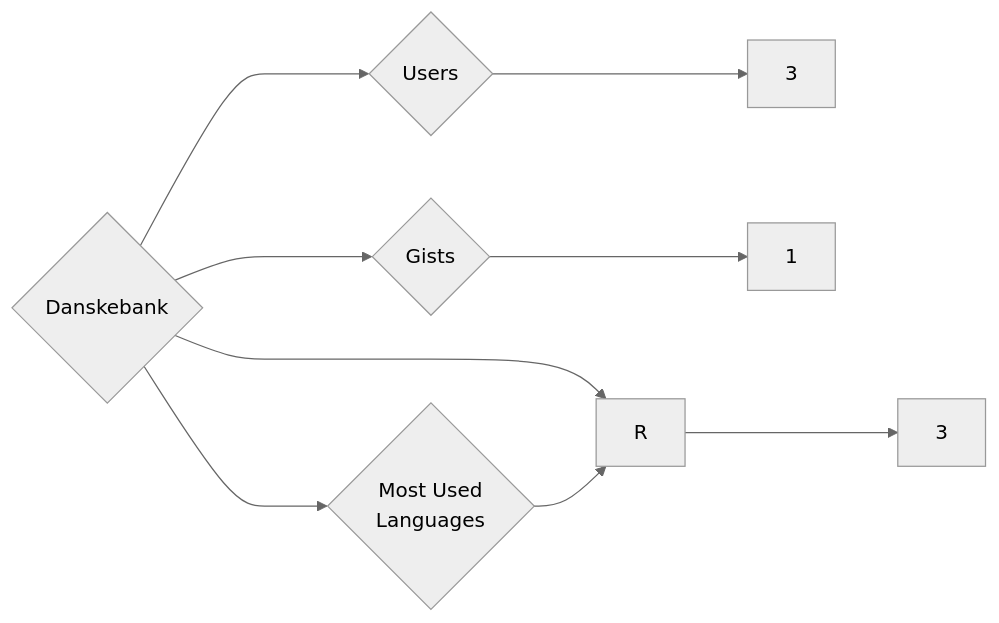
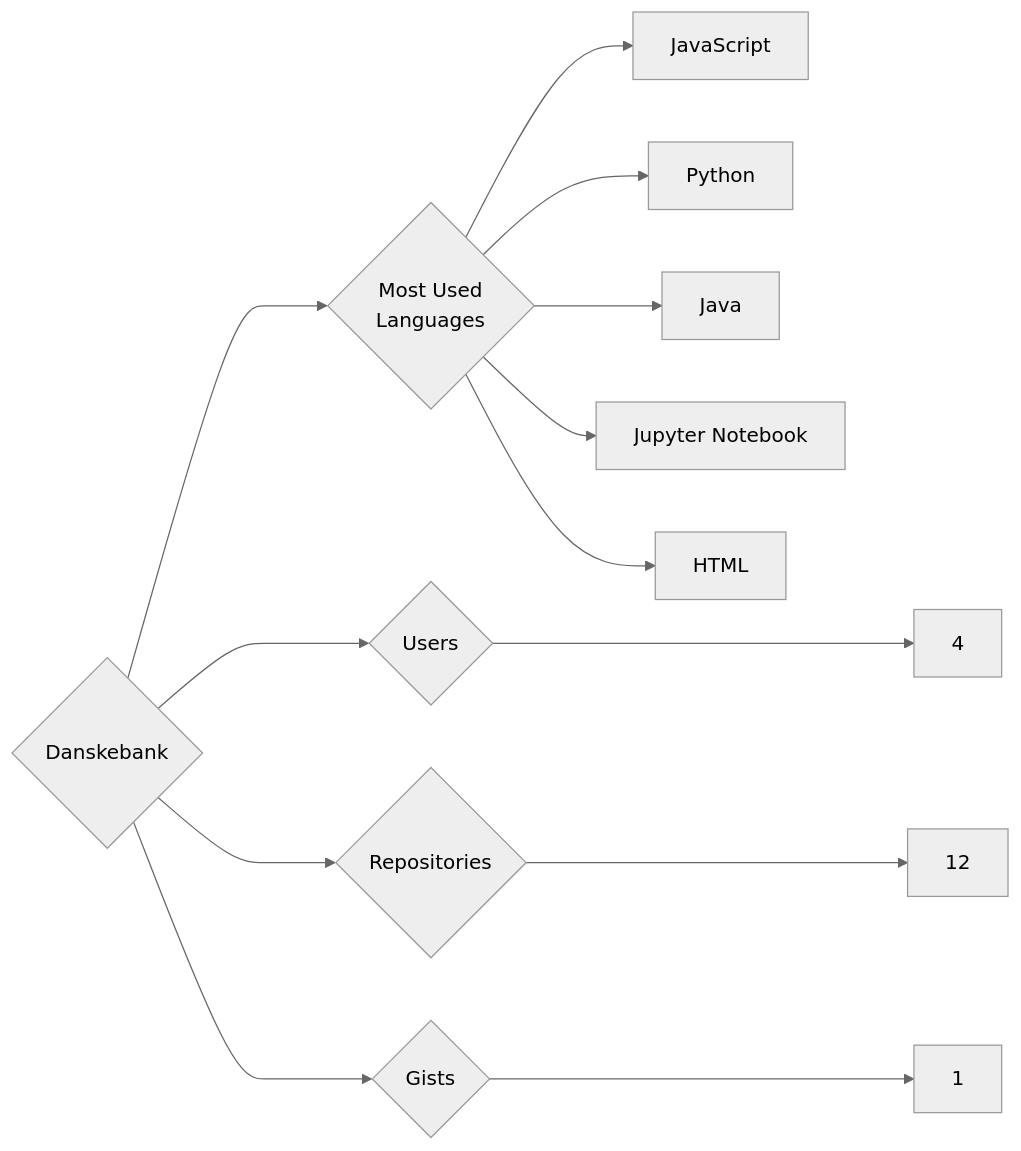
One commit to trickest/insiders changed the diagram in targets/Danskebank/README.md. Above: the diagram before and after it, drawn with Mermaid (neutral theme). The commit also changed 1170 other files, not shown here.

````diff
--- a/targets/Danskebank/README.md
+++ b/targets/Danskebank/README.md
@@ -3,9 +3,13 @@
 ```mermaid
 graph LR
 COMPANY_NAME{Danskebank}
-COMPANY_NAME ---> U{Users} ---> UN[3]
-COMPANY_NAME ---> R{Repositories} ---> RN[3]
+COMPANY_NAME ---> U{Users} ---> UN[4]
+COMPANY_NAME ---> R{Repositories} ---> RN[12]
 COMPANY_NAME ---> G{Gists} ---> GN[1]
 COMPANY_NAME ---> ML{Most Used<br>Languages}
-ML --> R[R]
+ML --> JavaScript[JavaScript]
+ML --> Python[Python]
+ML --> Java[Java]
+ML --> Jupyter_Notebook[Jupyter Notebook]
+ML --> HTML[HTML]
 ```
````
